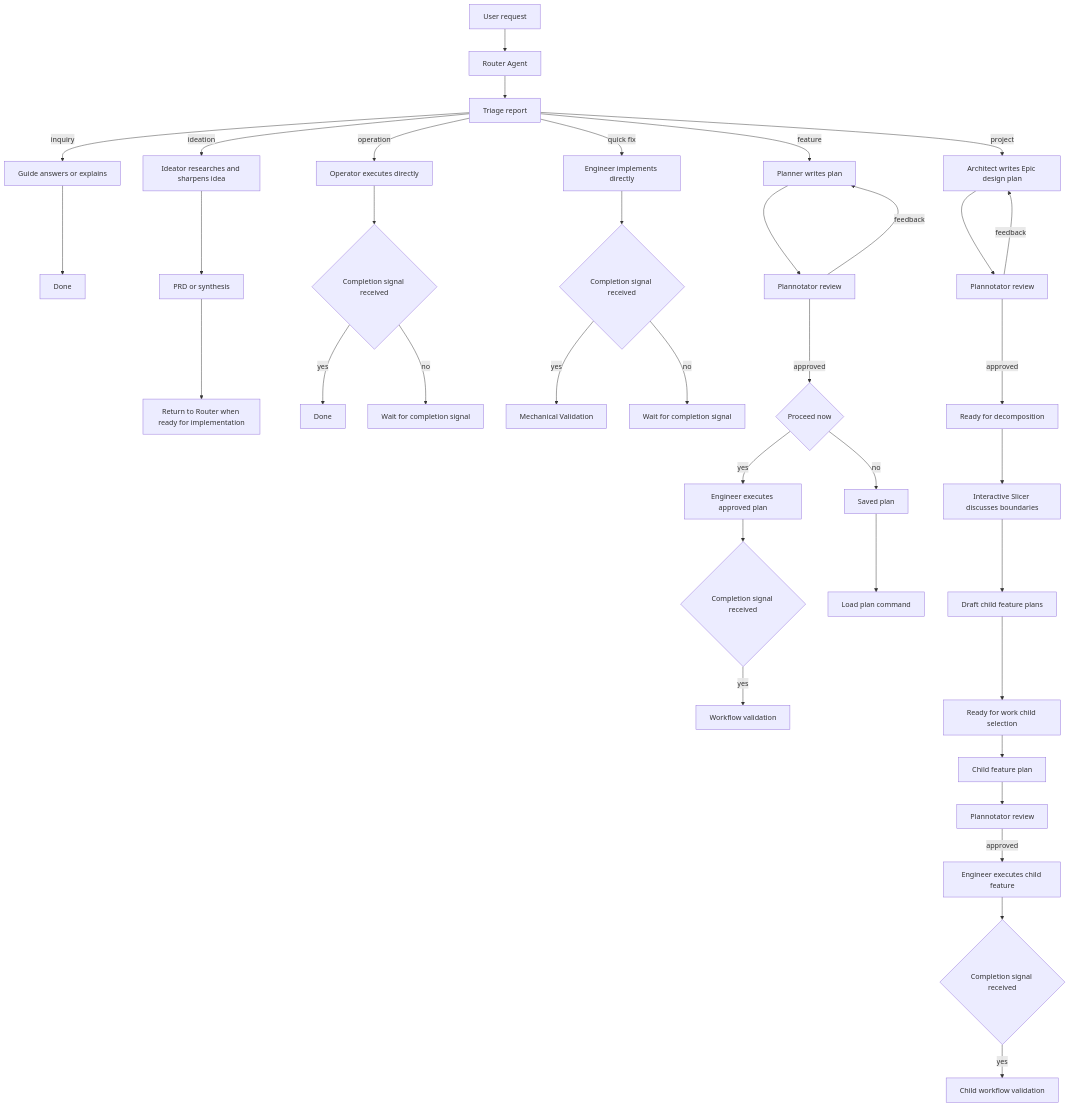
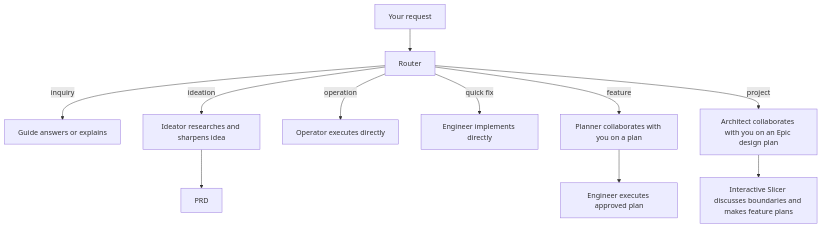
The diagram in README.md (gandazgul/runwield), drawn with Mermaid before and after one commit. The commit also changed other lines of this file and 3 other files, not shown here.

First line of the commit message:
Simplify README and document epic completion

````diff
--- a/README.md
+++ b/README.md
@@ -99,46 +77,19 @@
 ```mermaid
 graph TD
-    U[User request] --> R[Router Agent]
-    R --> TR[Triage report]
+    U[Your request] --> R[Router]
 
-    TR -->|inquiry| G[Guide answers or explains]
-    G --> GD[Done]
+    R -->|inquiry| G[Guide answers or explains]
 
-    TR -->|ideation| I[Ideator researches and sharpens idea]
-    I --> IR[PRD or synthesis]
-    IR --> R2[Return to Router when ready for implementation]
+    R -->|ideation| I[Ideator researches and sharpens idea]
+    I --> IR[PRD]
 
-    TR -->|operation| O[Operator executes directly]
-    O --> TC1{Completion signal received}
-    TC1 -->|yes| QD[Done]
-    TC1 -->|no| W1[Wait for completion signal]
+    R -->|operation| O[Operator executes directly]
 
-    TR -->|quick fix| QE[Engineer implements directly]
-    QE --> QTC{Completion signal received}
-    QTC -->|yes| QV[Mechanical Validation]
-    QTC -->|no| QW[Wait for completion signal]
+    R -->|quick fix| QE[Engineer implements directly]
 
-    TR -->|feature| P[Planner writes plan]
-    P --> PR[Plannotator review]
-    PR -->|feedback| P
-    PR -->|approved| PA{Proceed now}
-    PA -->|yes| E[Engineer executes approved plan]
-    PA -->|no| SP[Saved plan]
-    E --> TC2{Completion signal received}
-    TC2 -->|yes| V2[Workflow validation]
+    R -->|feature| P[Planner collaborates with you on a plan]
+    P --> E[Engineer executes approved plan]
 
-    TR -->|project| A[Architect writes Epic design plan]
-    A --> PR2[Plannotator review]
-    PR2 -->|feedback| A
-    PR2 -->|approved| RD[Ready for decomposition]
-    RD --> S[Interactive Slicer discusses boundaries]
-    S --> CD[Draft child feature plans]
-    CD --> RF[Ready for work child selection]
-    RF --> CP[Child feature plan]
-    CP --> PR3[Plannotator review]
-    PR3 -->|approved| CE[Engineer executes child feature]
-    CE --> TC3{Completion signal received}
-    TC3 -->|yes| V3[Child workflow validation]
-
-    SP --> LP[Load plan command]
+    R -->|project| A[Architect collaborates with you on an Epic design plan]
+    A --> S[Interactive Slicer discusses boundaries and makes feature plans]
 ```
````
